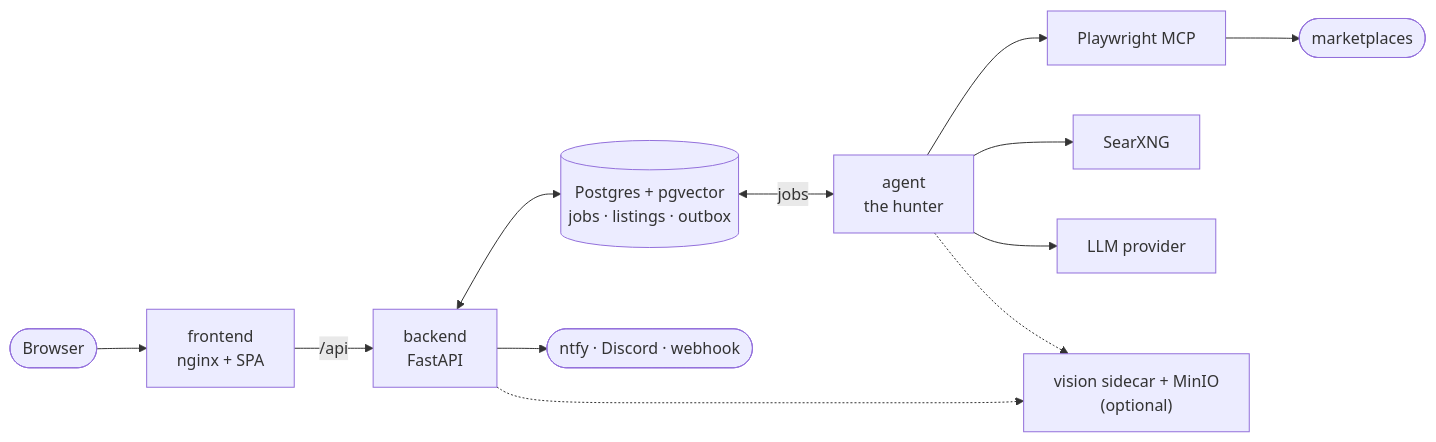
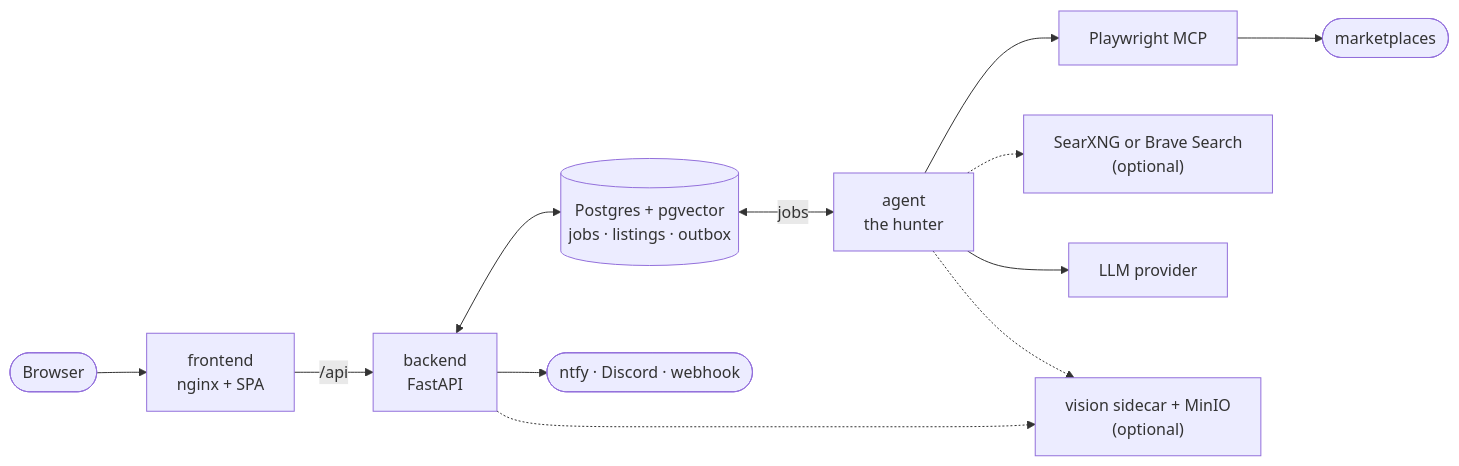
The diagram in data/readmes/oldmoldycake__Snagr.md (zqf20096327/dbhub_collect), drawn with Mermaid before and after one commit. The commit also changed other lines of this file and 419 other files, not shown here.

````diff
--- a/data/readmes/oldmoldycake__Snagr.md
+++ b/data/readmes/oldmoldycake__Snagr.md
@@ -51,13 +51,13 @@
 ```mermaid
 flowchart LR
     browser([Browser]) --> frontend["frontend<br/>nginx + SPA"]
     frontend -- "/api" --> backend["backend<br/>FastAPI"]
     backend <--> db[("Postgres + pgvector<br/>jobs · listings · outbox")]
     db <-->|jobs| agent["agent<br/>the hunter"]
     backend --> push(["ntfy · Discord · webhook"])
     agent --> mcp["Playwright MCP"] --> sites(["marketplaces"])
-    agent --> searx["SearXNG"]
+    agent -.-> searx["SearXNG or Brave Search<br/>(optional)"]
     agent --> llm["LLM provider"]
     agent -.-> vision["vision sidecar + MinIO<br/>(optional)"]
     backend -.-> vision
 ```
````
